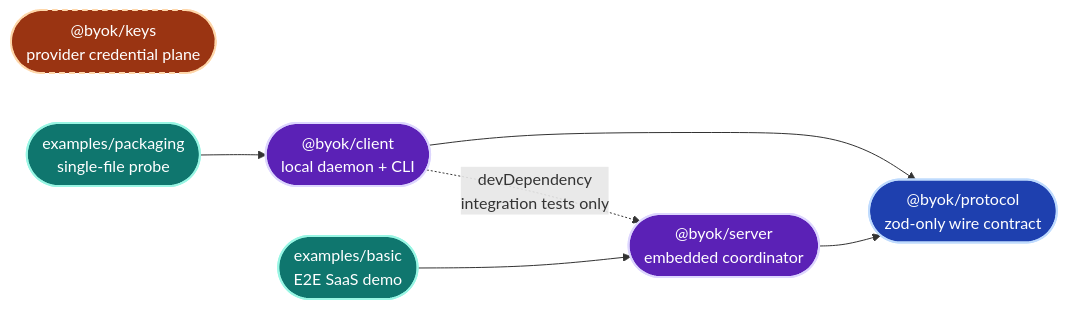
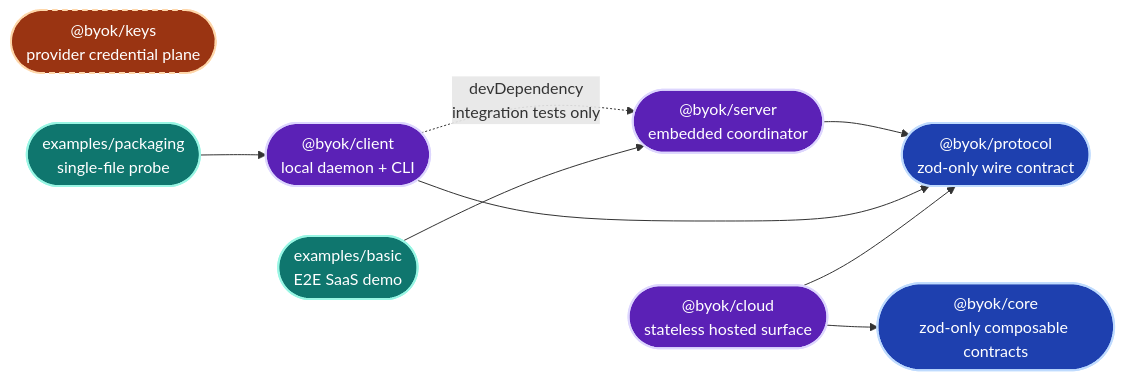
Before and after one commit to Ancienttwo/byok-sdk: the second of 23 diagrams in docs/architecture/sdk-architecture.md, drawn with Mermaid. The commit also changed other lines of this file and 3 other files, not shown here.

````diff
--- a/docs/architecture/sdk-architecture.md
+++ b/docs/architecture/sdk-architecture.md
@@ -101,23 +103,27 @@
 ```mermaid
 flowchart LR
   classDef contract fill:#1e40af,stroke:#bfdbfe,stroke-width:2px,color:#fff
   classDef runtime fill:#5b21b6,stroke:#ddd6fe,stroke-width:2px,color:#fff
   classDef key fill:#9a3412,stroke:#fed7aa,stroke-width:2px,color:#fff
   classDef example fill:#0f766e,stroke:#99f6e4,stroke-width:2px,color:#fff
   classDef dev fill:#374151,stroke:#d1d5db,stroke-width:2px,color:#fff
 
   Protocol(["@byok/protocol<br/>zod-only wire contract"]):::contract
   Server(["@byok/server<br/>embedded coordinator"]):::runtime
   Client(["@byok/client<br/>local daemon + CLI"]):::runtime
   Keys(["@byok/keys<br/>provider credential plane"]):::key
+  Core(["@byok/core<br/>zod-only composable contracts"]):::contract
+  Cloud(["@byok/cloud<br/>stateless hosted surface"]):::runtime
   Basic(["examples/basic<br/>E2E SaaS demo"]):::example
   Packaging(["examples/packaging<br/>single-file probe"]):::example
 
   Server --> Protocol
   Client --> Protocol
+  Cloud --> Core
+  Cloud --> Protocol
   Client -.->|"devDependency<br/>integration tests only"| Server
   Basic --> Server
   Packaging --> Client
 
   style Keys stroke-dasharray:5 5
 ```
````
